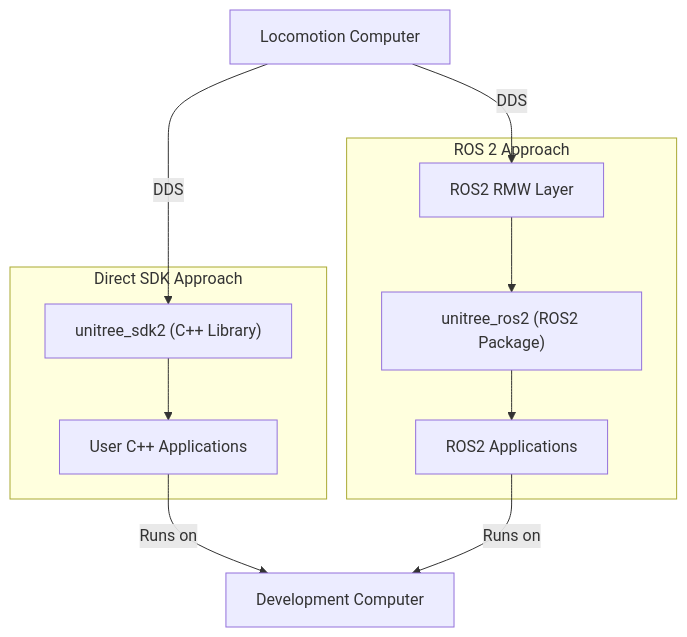
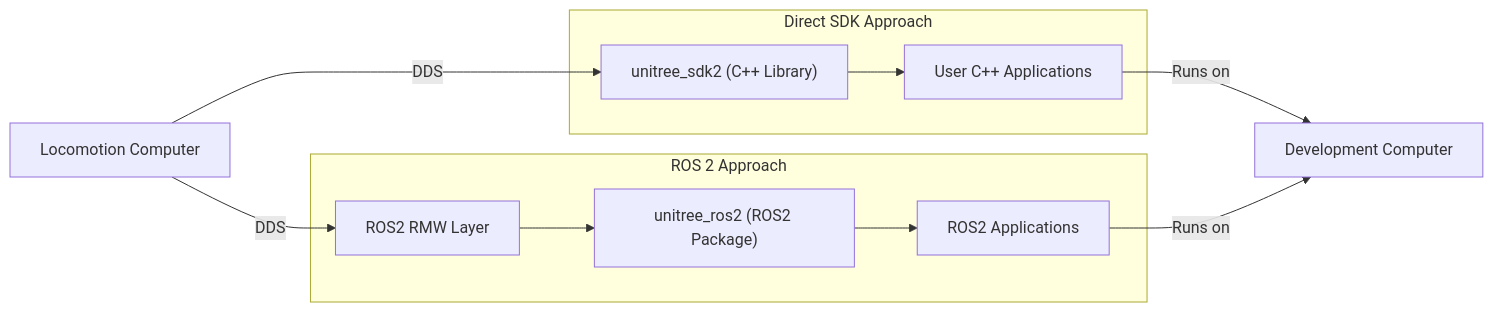
One commit to westonrobot/docs changed the second of 4 diagrams in tutorial/unitree/g1_dev_guide.md. Above: the diagram before and after it, drawn with Mermaid. The commit also changed other lines of this file and 2 other files, not shown here.

````diff
--- a/tutorial/unitree/g1_dev_guide.md
+++ b/tutorial/unitree/g1_dev_guide.md
@@ -213,23 +215,23 @@
 ```mermaid
-flowchart TB
+flowchart LR
     LC["Locomotion Computer"] --> |"DDS"| SDL["unitree_sdk2 (C++ Library)"]
     SDL --> APP["User C++ Applications"]
     
     LC --> |"DDS"| RMW["ROS2 RMW Layer"]
     RMW --> UR2["unitree_ros2 (ROS2 Package)"]
     UR2 --> ROS["ROS2 Applications"]
     
     APP -->|"Runs on"| DC["Development Computer"]
     ROS -->|"Runs on"| DC
     
     subgraph "Direct SDK Approach"
         SDL
         APP
     end
     
     subgraph "ROS 2 Approach"
         RMW
         UR2
         ROS
     end
 ```
````
